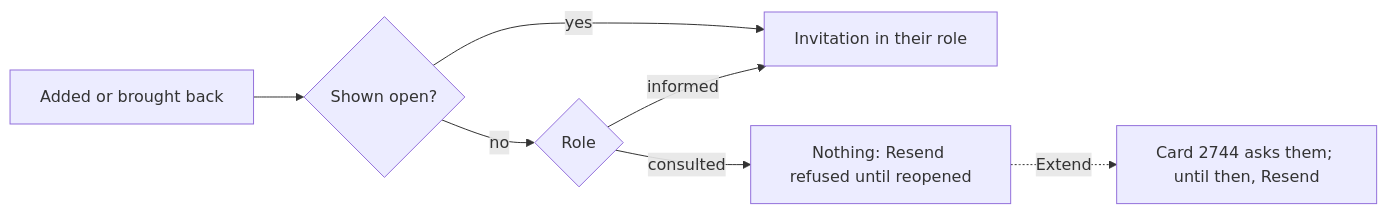
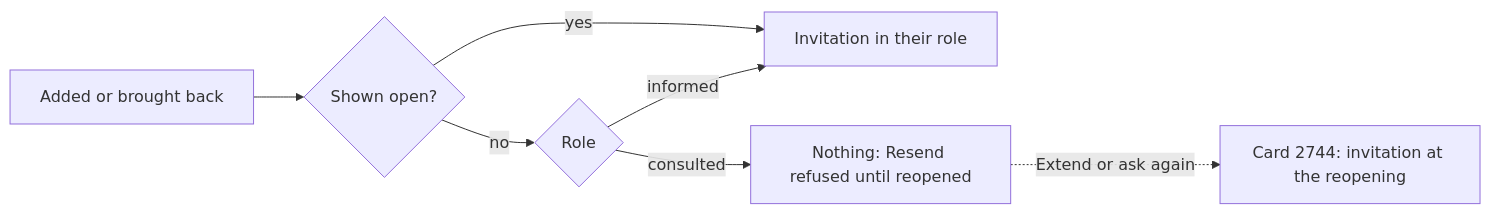
Before and after one commit to gitBoon/DumpFire: diagram 12 of 39 in docs/notifications-email.md, drawn with Mermaid. The commit also changed other lines of this file and 17 other files, not shown here.

First line of the commit message:
feat: reopening a decision asks the consulted people it never reached (2744)

````diff
--- a/docs/notifications-email.md
+++ b/docs/notifications-email.md
@@ -905,9 +907,9 @@
 ```mermaid
 flowchart LR
     A[Added or brought back] --> O{Shown open?}
     O -- yes --> I[Invitation in their role]
     O -- no --> R{Role}
     R -- informed --> I
     R -- consulted --> N[Nothing: Resend refused until reopened]
-    N -. Extend .-> X[Card 2744 asks them; until then, Resend]
+    N -. Extend or ask again .-> X[Card 2744: invitation at the reopening]
 ```
````
